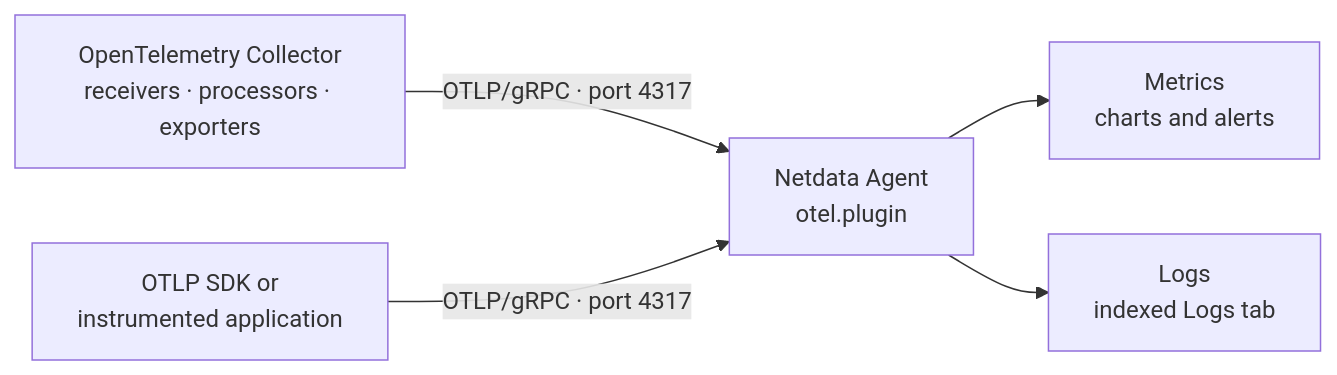
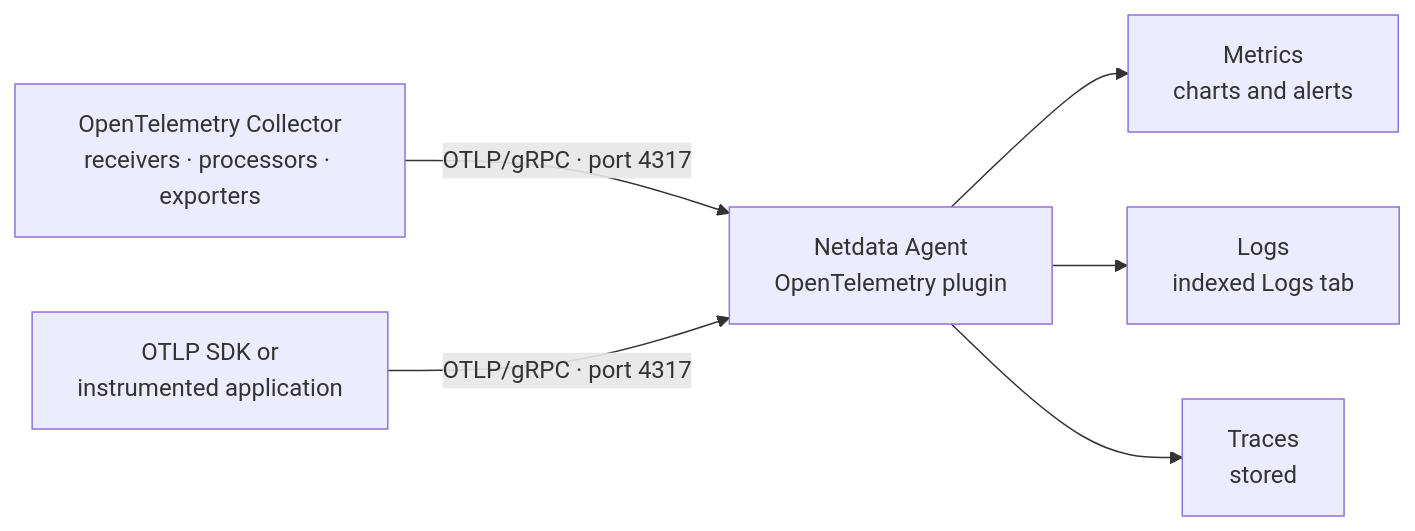
Before and after one commit to netdata/netdata: the diagram in docs/opentelemetry/otlp-ingestion.md, drawn with Mermaid. The commit also changed other lines of this file and 22 other files, not shown here.

````diff
--- a/docs/opentelemetry/otlp-ingestion.md
+++ b/docs/opentelemetry/otlp-ingestion.md
@@ -17,7 +17,8 @@
 ```mermaid
 flowchart LR
-    collector["OpenTelemetry Collector<br/>receivers · processors · exporters"] -->|"OTLP/gRPC · port 4317"| plugin["Netdata Agent<br/>otel.plugin"]
+    collector["OpenTelemetry Collector<br/>receivers · processors · exporters"] -->|"OTLP/gRPC · port 4317"| plugin["Netdata Agent<br/>OpenTelemetry plugin"]
     sdk["OTLP SDK or<br/>instrumented application"] -->|"OTLP/gRPC · port 4317"| plugin
     plugin --> metrics["Metrics<br/>charts and alerts"]
     plugin --> logs["Logs<br/>indexed Logs tab"]
+    plugin --> traces["Traces<br/>stored"]
 ```
````
